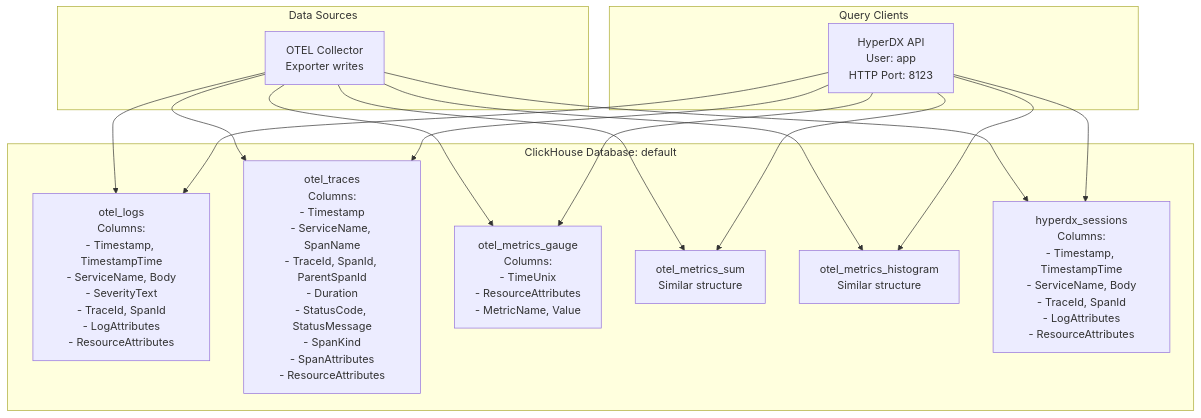
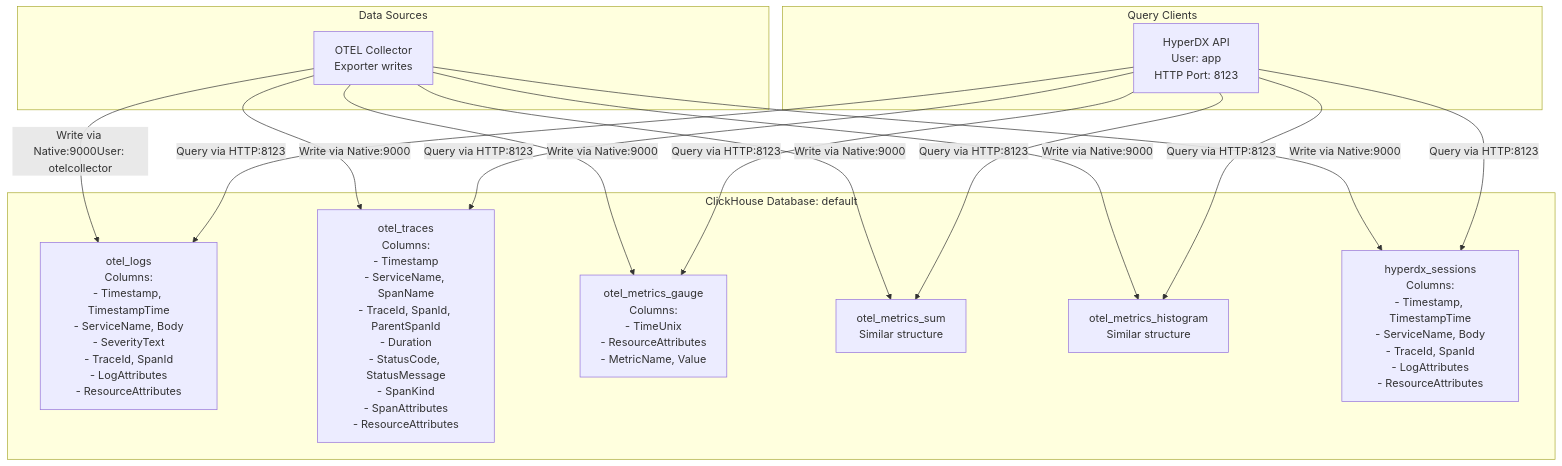
The fourth of 7 diagrams in docs/hyperdxio-helm-charts-docs/Data-Flow-and-Integration.md (openchoreo/openchoreo), drawn with Mermaid before and after one commit. The commit also changed other lines of this file and 85 other files, not shown here.

Commit message:
feat: Add new workflow and specification templates, update Helm chart dependencies, and clarify documentation diagrams.

````diff
--- a/docs/hyperdxio-helm-charts-docs/Data-Flow-and-Integration.md
+++ b/docs/hyperdxio-helm-charts-docs/Data-Flow-and-Integration.md
@@ -311,42 +311,42 @@
 ```mermaid
 flowchart TD
 
 LogsTable["otel_logs<br>Columns:<br>- Timestamp, TimestampTime<br>- ServiceName, Body<br>- SeverityText<br>- TraceId, SpanId<br>- LogAttributes<br>- ResourceAttributes"]
 TracesTable["otel_traces<br>Columns:<br>- Timestamp<br>- ServiceName, SpanName<br>- TraceId, SpanId, ParentSpanId<br>- Duration<br>- StatusCode, StatusMessage<br>- SpanKind<br>- SpanAttributes<br>- ResourceAttributes"]
 MetricsGauge["otel_metrics_gauge<br>Columns:<br>- TimeUnix<br>- ResourceAttributes<br>- MetricName, Value"]
 MetricsSum["otel_metrics_sum<br>Similar structure"]
 MetricsHist["otel_metrics_histogram<br>Similar structure"]
 SessionsTable["hyperdx_sessions<br>Columns:<br>- Timestamp, TimestampTime<br>- ServiceName, Body<br>- TraceId, SpanId<br>- LogAttributes<br>- ResourceAttributes"]
 OTEL["OTEL Collector<br>Exporter writes"]
 API["HyperDX API<br>User: app<br>HTTP Port: 8123"]
 
-OTEL --> LogsTable
-OTEL --> TracesTable
-OTEL --> MetricsGauge
-OTEL --> MetricsSum
-OTEL --> MetricsHist
-OTEL --> SessionsTable
-API --> LogsTable
-API --> TracesTable
-API --> MetricsGauge
-API --> MetricsSum
-API --> MetricsHist
-API --> SessionsTable
+OTEL -->|"Write via Native:9000User: otelcollector"| LogsTable
+OTEL -->|"Write via Native:9000"| TracesTable
+OTEL -->|"Write via Native:9000"| MetricsGauge
+OTEL -->|"Write via Native:9000"| MetricsSum
+OTEL -->|"Write via Native:9000"| MetricsHist
+OTEL -->|"Write via Native:9000"| SessionsTable
+API -->|"Query via HTTP:8123"| LogsTable
+API -->|"Query via HTTP:8123"| TracesTable
+API -->|"Query via HTTP:8123"| MetricsGauge
+API -->|"Query via HTTP:8123"| MetricsSum
+API -->|"Query via HTTP:8123"| MetricsHist
+API -->|"Query via HTTP:8123"| SessionsTable
 
 subgraph subGraph2 ["Query Clients"]
     API
 end
 
 subgraph subGraph1 ["Data Sources"]
     OTEL
 end
 
 subgraph subGraph0 ["ClickHouse Database: default"]
     LogsTable
     TracesTable
     MetricsGauge
     MetricsSum
     MetricsHist
     SessionsTable
 end
 ```
````
